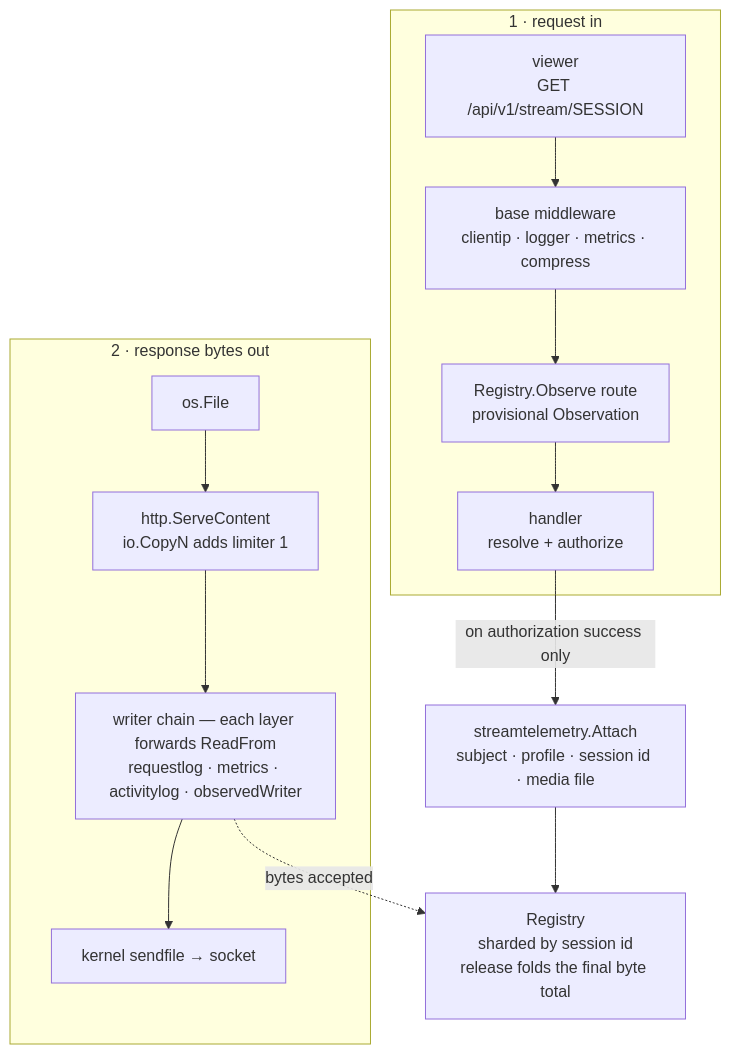
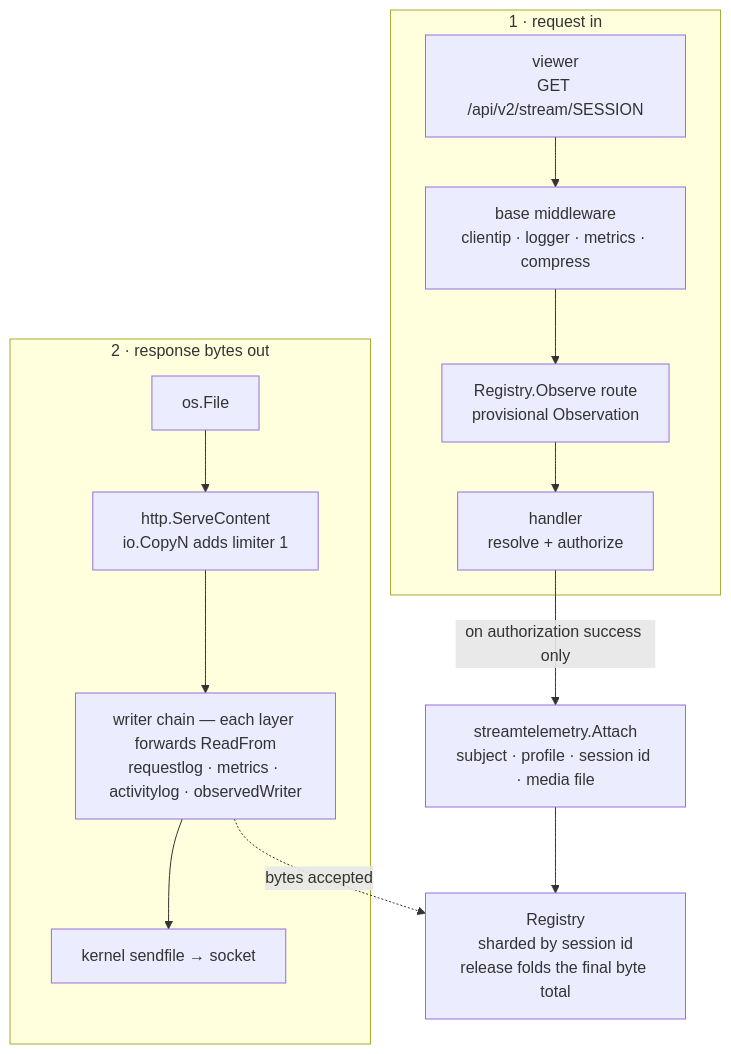
One commit to Silo-Server/silo-server changed the second of 2 diagrams in docs/design/2026-08-17-stream-telemetry.md. Above: the diagram before and after it, drawn with Mermaid. The commit also changed other lines of this file and 71 other files, not shown here.

````diff
--- a/docs/design/2026-08-17-stream-telemetry.md
+++ b/docs/design/2026-08-17-stream-telemetry.md
@@ -81,16 +81,16 @@
 ```mermaid
 flowchart TB
   subgraph REQ["1 · request in"]
-    C["viewer<br/>GET /api/v1/stream/SESSION"] --> MW["base middleware<br/>clientip · logger · metrics · compress"]
+    C["viewer<br/>GET /api/v2/stream/SESSION"] --> MW["base middleware<br/>clientip · logger · metrics · compress"]
     MW --> OB["Registry.Observe route<br/>provisional Observation"]
     OB --> H["handler<br/>resolve + authorize"]
   end
   H -- "on authorization success only" --> AT["streamtelemetry.Attach<br/>subject · profile · session id · media file"]
   AT --> REG["Registry<br/>sharded by session id<br/>release folds the final byte total"]
   subgraph RES["2 · response bytes out"]
     F["os.File"] --> SC["http.ServeContent<br/>io.CopyN adds limiter 1"]
     SC --> WC["writer chain — each layer forwards ReadFrom<br/>requestlog · metrics · activitylog · observedWriter"]
     WC --> K["kernel sendfile → socket"]
   end
   WC -. "bytes accepted" .-> REG
 ```
````
